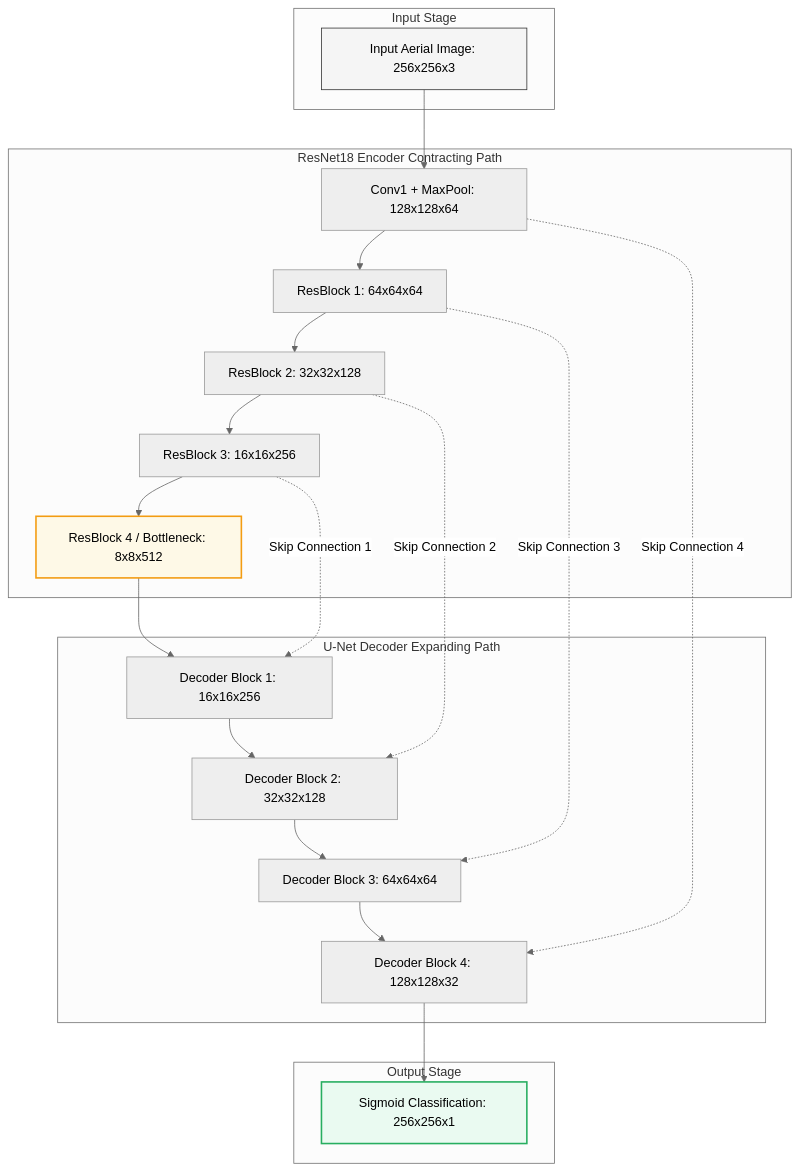
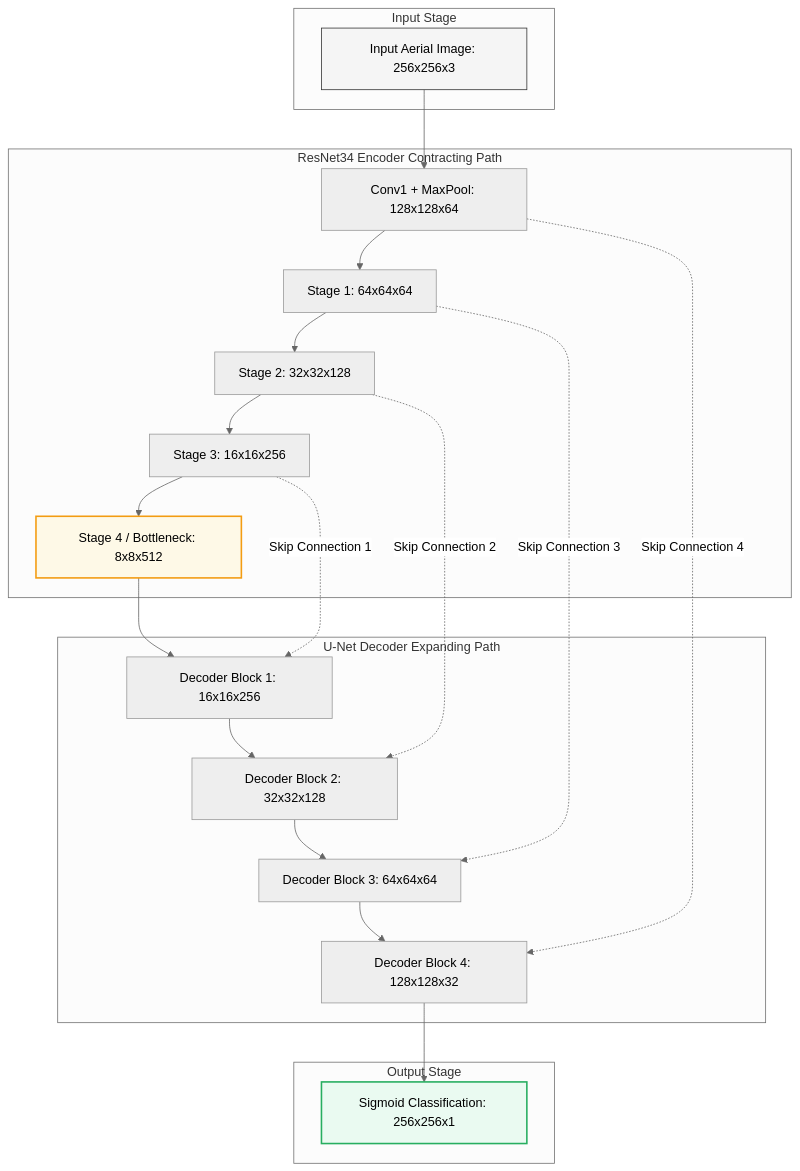
One commit to RaghavapriyanSaravanapriyan/flood-seg-net changed the first of 2 diagrams in readme.md. Above: the diagram before and after it, drawn with Mermaid (neutral theme). The commit also changed other lines of this file, not shown here.

````diff
--- a/readme.md
+++ b/readme.md
@@ -21,47 +31,47 @@
 ```mermaid
 graph TD
     subgraph Input Stage
         In[Input Aerial Image: 256x256x3]
     end
 
-    subgraph ResNet18 Encoder Contracting Path
+    subgraph ResNet34 Encoder Contracting Path
         E1[Conv1 + MaxPool: 128x128x64]
-        E2[ResBlock 1: 64x64x64]
-        E3[ResBlock 2: 32x32x128]
-        E4[ResBlock 3: 16x16x256]
-        E5[ResBlock 4 / Bottleneck: 8x8x512]
+        E2[Stage 1: 64x64x64]
+        E3[Stage 2: 32x32x128]
+        E4[Stage 3: 16x16x256]
+        E5[Stage 4 / Bottleneck: 8x8x512]
     end
 
     subgraph U-Net Decoder Expanding Path
         D1[Decoder Block 1: 16x16x256]
         D2[Decoder Block 2: 32x32x128]
         D3[Decoder Block 3: 64x64x64]
         D4[Decoder Block 4: 128x128x32]
     end
 
     subgraph Output Stage
         Out[Sigmoid Classification: 256x256x1]
     end
 
     In --> E1
     E1 --> E2
     E2 --> E3
     E3 --> E4
     E4 --> E5
 
     E5 --> D1
     D1 --> D2
     D2 --> D3
     D3 --> D4
     D4 --> Out
 
     %% Skip Connections
     E4 -.->|Skip Connection 1| D1
     E3 -.->|Skip Connection 2| D2
     E2 -.->|Skip Connection 3| D3
     E1 -.->|Skip Connection 4| D4
 
     style In fill:#f5f5f5,stroke:#333,stroke-width:1px
     style Out fill:#eafaf1,stroke:#27ae60,stroke-width:2px
     style E5 fill:#fef9e7,stroke:#f39c12,stroke-width:2px
 ```
````
